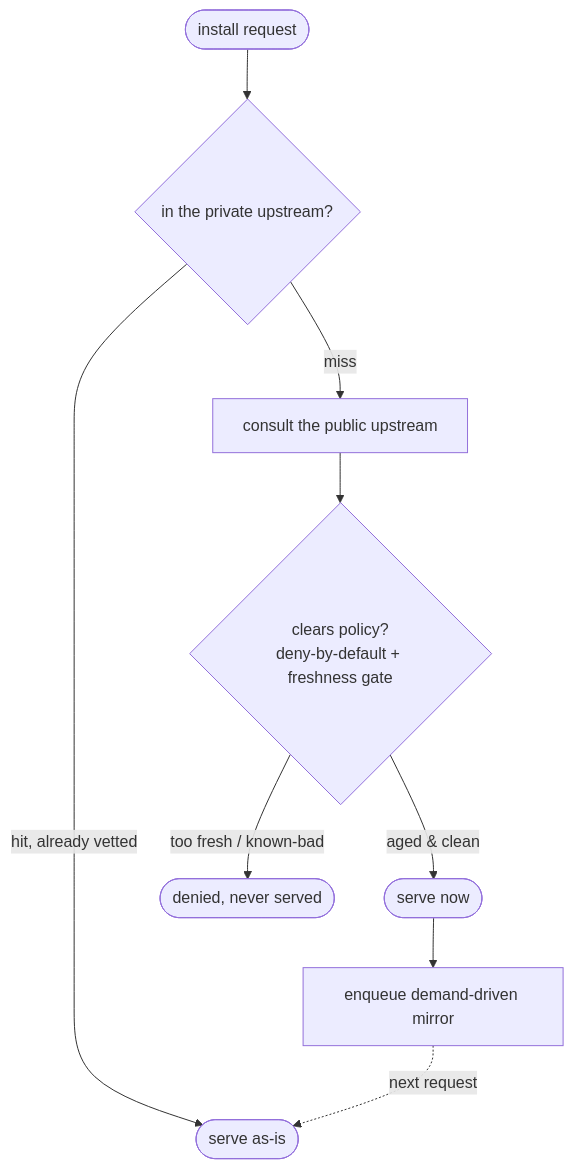
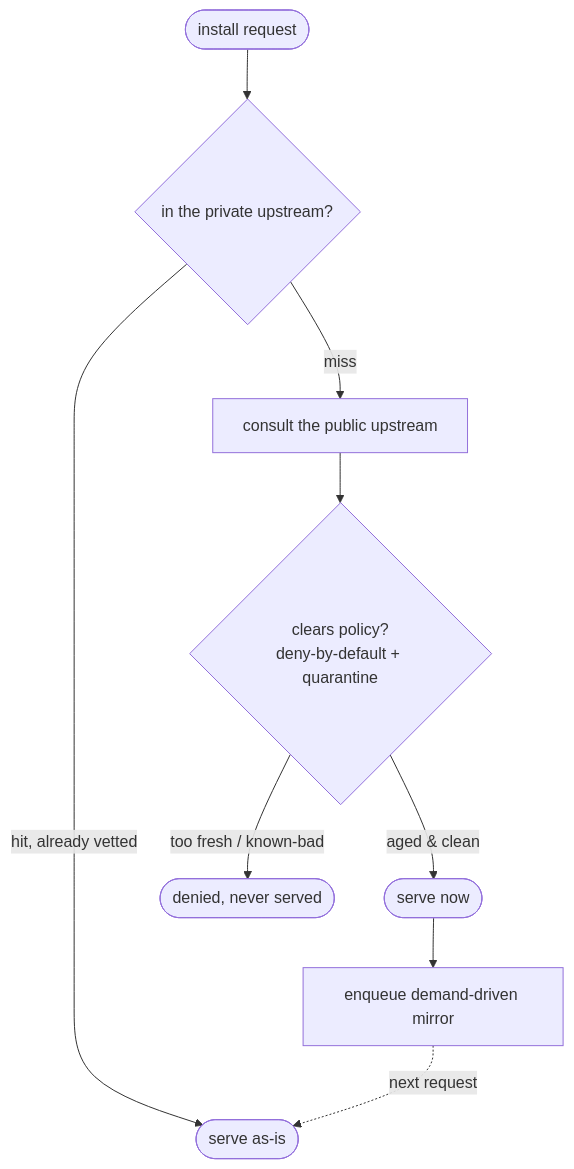
One commit to AlexaDeWit/Ecluse changed the second of 2 diagrams in MOTIVATION.md. Above: the diagram before and after it, drawn with Mermaid. The commit also changed other lines of this file and 29 other files, not shown here.

````diff
--- a/MOTIVATION.md
+++ b/MOTIVATION.md
@@ -103,11 +103,11 @@
 ```mermaid
 flowchart TD
     R(["install request"]) --> P{"in the private upstream?"}
     P -->|"hit, already vetted"| HIT(["serve as-is"])
     P -->|"miss"| PUB["consult the public upstream"]
-    PUB --> POL{"clears policy?<br/>deny-by-default + freshness gate"}
+    PUB --> POL{"clears policy?<br/>deny-by-default + quarantine"}
     POL -->|"too fresh / known-bad"| DENY(["denied, never served"])
     POL -->|"aged & clean"| SERVE(["serve now"])
     SERVE --> MIR["enqueue demand-driven mirror"]
     MIR -.->|"next request"| HIT
 ```
````
